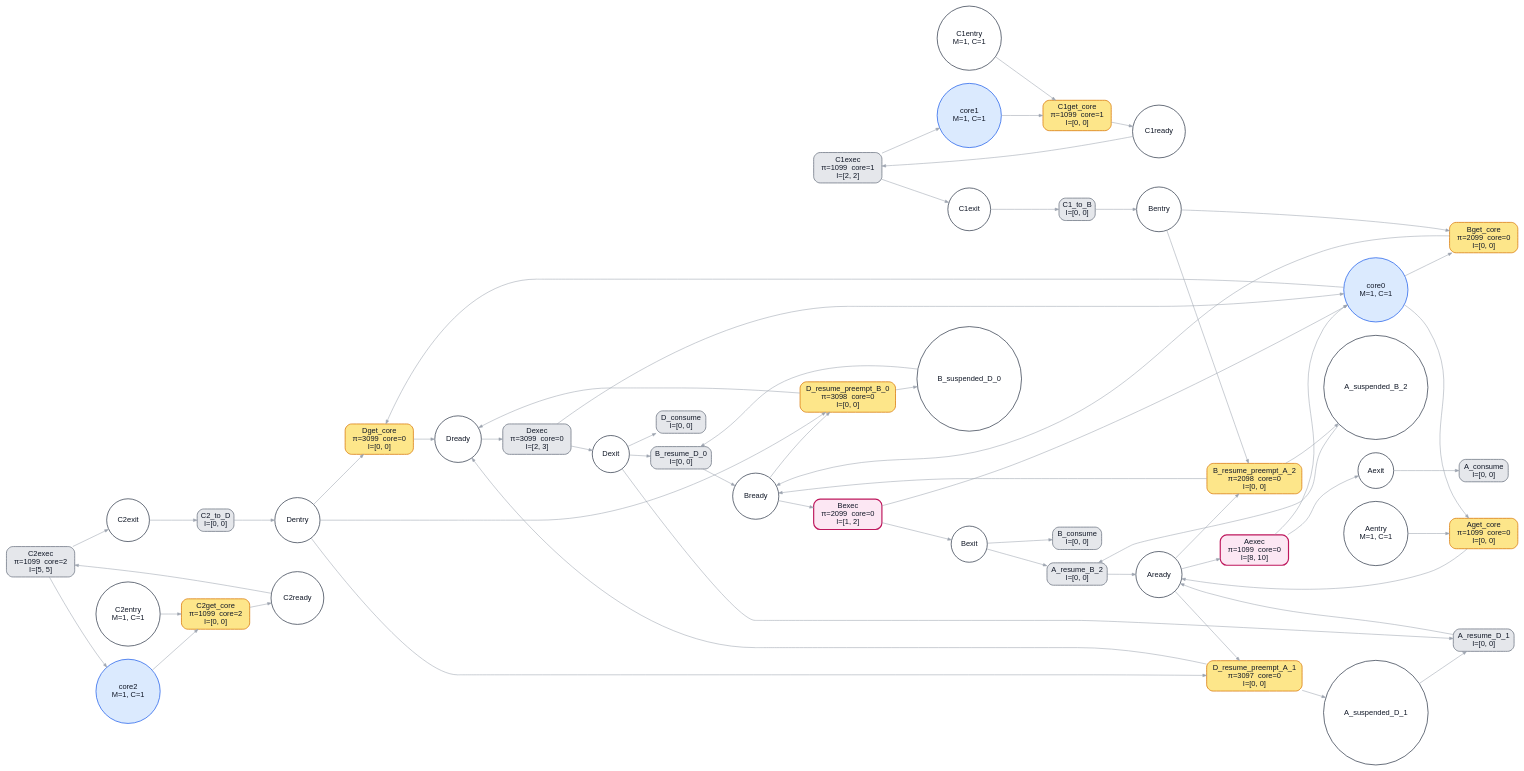
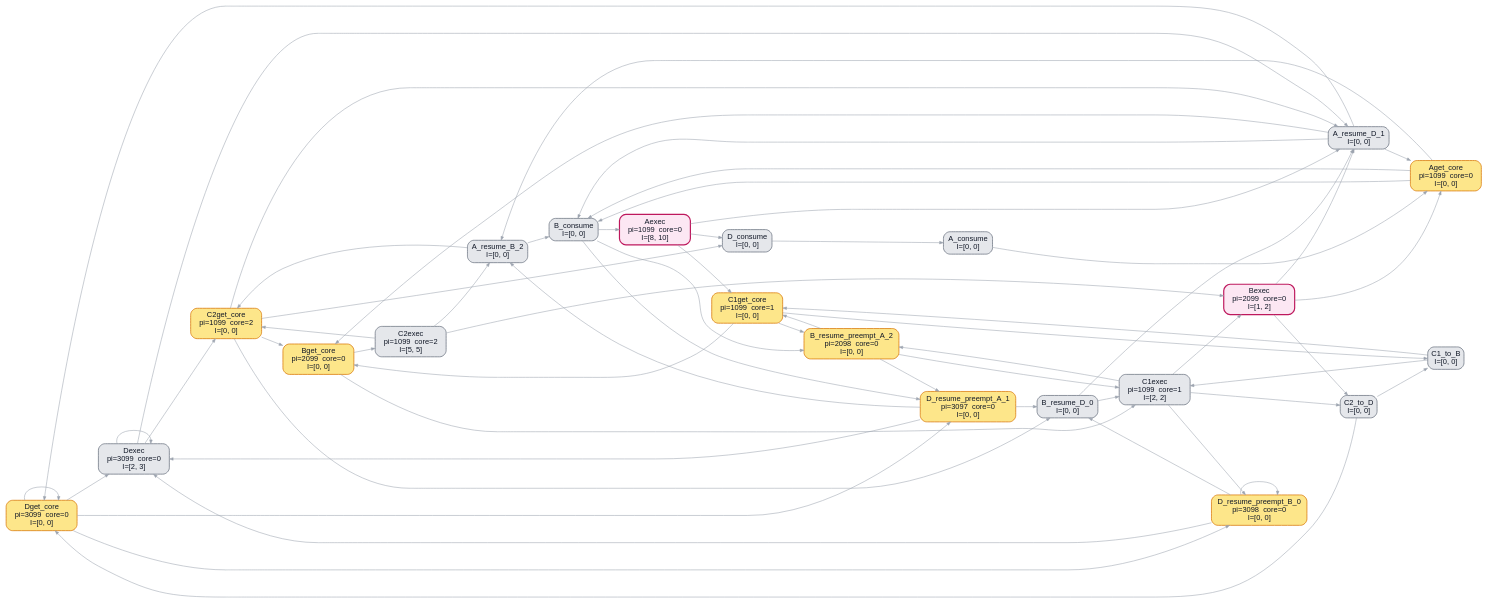
The diagram in example/bench/preemption_chain/ptpn.dot (kevindadi/PPTPN), drawn with Graphviz before and after one commit. The commit also changed 29 other files, not shown here.

```diff
--- a/example/bench/preemption_chain/ptpn.dot
+++ b/example/bench/preemption_chain/ptpn.dot
@@ -2,104 +2,104 @@
 graph [rankdir=LR, fontname="Helvetica", nodesep=0.35, ranksep=0.55, bgcolor="white"];
 node [fontname="Helvetica", margin=0.08, style="filled,rounded", fontcolor="#111827"];
 edge [fontname="Helvetica", color="#9ca3af", arrowsize=0.7];
-"Dentry" [label="Dentry", shape="circle", style="filled,rounded", fillcolor="#ffffff", color="#374151", fontcolor="#111827", penwidth="1.4"];
-"Dready" [label="Dready", shape="circle", style="filled,rounded", fillcolor="#ffffff", color="#374151", fontcolor="#111827", penwidth="1.4"];
-"Dexit" [label="Dexit", shape="circle", style="filled,rounded", fillcolor="#ffffff", color="#374151", fontcolor="#111827", penwidth="1.4"];
-"C2entry" [label="C2entry\nM=1, C=1", shape="circle", style="filled,rounded", fillcolor="#ffffff", color="#374151", fontcolor="#111827", penwidth="1.4"];
-"C2ready" [label="C2ready", shape="circle", style="filled,rounded", fillcolor="#ffffff", color="#374151", fontcolor="#111827", penwidth="1.4"];
-"C2exit" [label="C2exit", shape="circle", style="filled,rounded", fillcolor="#ffffff", color="#374151", fontcolor="#111827", penwidth="1.4"];
-"Bentry" [label="Bentry", shape="circle", style="filled,rounded", fillcolor="#ffffff", color="#374151", fontcolor="#111827", penwidth="1.4"];
-"Bready" [label="Bready", shape="circle", style="filled,rounded", fillcolor="#ffffff", color="#374151", fontcolor="#111827", penwidth="1.4"];
-"Bexit" [label="Bexit", shape="circle", style="filled,rounded", fillcolor="#ffffff", color="#374151", fontcolor="#111827", penwidth="1.4"];
-"C1entry" [label="C1entry\nM=1, C=1", shape="circle", style="filled,rounded", fillcolor="#ffffff", color="#374151", fontcolor="#111827", penwidth="1.4"];
-"C1ready" [label="C1ready", shape="circle", style="filled,rounded", fillcolor="#ffffff", color="#374151", fontcolor="#111827", penwidth="1.4"];
-"C1exit" [label="C1exit", shape="circle", style="filled,rounded", fillcolor="#ffffff", color="#374151", fontcolor="#111827", penwidth="1.4"];
-"Aentry" [label="Aentry\nM=1, C=1", shape="circle", style="filled,rounded", fillcolor="#ffffff", color="#374151", fontcolor="#111827", penwidth="1.4"];
-"Aready" [label="Aready", shape="circle", style="filled,rounded", fillcolor="#ffffff", color="#374151", fontcolor="#111827", penwidth="1.4"];
-"Aexit" [label="Aexit", shape="circle", style="filled,rounded", fillcolor="#ffffff", color="#374151", fontcolor="#111827", penwidth="1.4"];
-"B_suspended_D_0" [label="B_suspended_D_0", shape="circle", style="filled,rounded", fillcolor="#ffffff", color="#374151", fontcolor="#111827", penwidth="1.4"];
-"A_suspended_D_1" [label="A_suspended_D_1", shape="circle", style="filled,rounded", fillcolor="#ffffff", color="#374151", fontcolor="#111827", penwidth="1.4"];
-"A_suspended_B_2" [label="A_suspended_B_2", shape="circle", style="filled,rounded", fillcolor="#ffffff", color="#374151", fontcolor="#111827", penwidth="1.4"];
-"core0" [label="core0\nM=1, C=1", shape="circle", style="filled,rounded", fillcolor="#dbeafe", color="#2563eb", fontcolor="#111827", penwidth="1.4"];
-"core1" [label="core1\nM=1, C=1", shape="circle", style="filled,rounded", fillcolor="#dbeafe", color="#2563eb", fontcolor="#111827", penwidth="1.4"];
-"core2" [label="core2\nM=1, C=1", shape="circle", style="filled,rounded", fillcolor="#dbeafe", color="#2563eb", fontcolor="#111827", penwidth="1.4"];
-"Dget_core" [label="Dget_core\nπ=3099  core=0\nI=[0, 0]", shape="box", style="filled,rounded", fillcolor="#fde68a", color="#d97706", fontcolor="#111827", penwidth="1.4"];
-"Dexec" [label="Dexec\nπ=3099  core=0\nI=[2, 3]", shape="box", style="filled,rounded", fillcolor="#e5e7eb", color="#6b7280", fontcolor="#111827", penwidth="1.4"];
-"C2get_core" [label="C2get_core\nπ=1099  core=2\nI=[0, 0]", shape="box", style="filled,rounded", fillcolor="#fde68a", color="#d97706", fontcolor="#111827", penwidth="1.4"];
-"C2exec" [label="C2exec\nπ=1099  core=2\nI=[5, 5]", shape="box", style="filled,rounded", fillcolor="#e5e7eb", color="#6b7280", fontcolor="#111827", penwidth="1.4"];
-"Bget_core" [label="Bget_core\nπ=2099  core=0\nI=[0, 0]", shape="box", style="filled,rounded", fillcolor="#fde68a", color="#d97706", fontcolor="#111827", penwidth="1.4"];
-"Bexec" [label="Bexec\nπ=2099  core=0\nI=[1, 2]", shape="box", style="filled,rounded", fillcolor="#fce7f3", color="#be185d", fontcolor="#111827", penwidth="2.2"];
-"C1get_core" [label="C1get_core\nπ=1099  core=1\nI=[0, 0]", shape="box", style="filled,rounded", fillcolor="#fde68a", color="#d97706", fontcolor="#111827", penwidth="1.4"];
-"C1exec" [label="C1exec\nπ=1099  core=1\nI=[2, 2]", shape="box", style="filled,rounded", fillcolor="#e5e7eb", color="#6b7280", fontcolor="#111827", penwidth="1.4"];
-"Aget_core" [label="Aget_core\nπ=1099  core=0\nI=[0, 0]", shape="box", style="filled,rounded", fillcolor="#fde68a", color="#d97706", fontcolor="#111827", penwidth="1.4"];
-"Aexec" [label="Aexec\nπ=1099  core=0\nI=[8, 10]", shape="box", style="filled,rounded", fillcolor="#fce7f3", color="#be185d", fontcolor="#111827", penwidth="2.2"];
-"C1_to_B" [label="C1_to_B\nI=[0, 0]", shape="box", style="filled,rounded", fillcolor="#e5e7eb", color="#6b7280", fontcolor="#111827", penwidth="1.4"];
-"C2_to_D" [label="C2_to_D\nI=[0, 0]", shape="box", style="filled,rounded", fillcolor="#e5e7eb", color="#6b7280", fontcolor="#111827", penwidth="1.4"];
-"A_consume" [label="A_consume\nI=[0, 0]", shape="box", style="filled,rounded", fillcolor="#e5e7eb", color="#6b7280", fontcolor="#111827", penwidth="1.4"];
-"B_consume" [label="B_consume\nI=[0, 0]", shape="box", style="filled,rounded", fillcolor="#e5e7eb", color="#6b7280", fontcolor="#111827", penwidth="1.4"];
-"D_consume" [label="D_consume\nI=[0, 0]", shape="box", style="filled,rounded", fillcolor="#e5e7eb", color="#6b7280", fontcolor="#111827", penwidth="1.4"];
-"D_resume_preempt_B_0" [label="D_resume_preempt_B_0\nπ=3098  core=0\nI=[0, 0]", shape="box", style="filled,rounded", fillcolor="#fde68a", color="#d97706", fontcolor="#111827", penwidth="1.4"];
-"B_resume_D_0" [label="B_resume_D_0\nI=[0, 0]", shape="box", style="filled,rounded", fillcolor="#e5e7eb", color="#6b7280", fontcolor="#111827", penwidth="1.4"];
-"D_resume_preempt_A_1" [label="D_resume_preempt_A_1\nπ=3097  core=0\nI=[0, 0]", shape="box", style="filled,rounded", fillcolor="#fde68a", color="#d97706", fontcolor="#111827", penwidth="1.4"];
-"A_resume_D_1" [label="A_resume_D_1\nI=[0, 0]", shape="box", style="filled,rounded", fillcolor="#e5e7eb", color="#6b7280", fontcolor="#111827", penwidth="1.4"];
-"B_resume_preempt_A_2" [label="B_resume_preempt_A_2\nπ=2098  core=0\nI=[0, 0]", shape="box", style="filled,rounded", fillcolor="#fde68a", color="#d97706", fontcolor="#111827", penwidth="1.4"];
-"A_resume_B_2" [label="A_resume_B_2\nI=[0, 0]", shape="box", style="filled,rounded", fillcolor="#e5e7eb", color="#6b7280", fontcolor="#111827", penwidth="1.4"];
-"Dentry" -> "Dget_core" [label="", color="#9ca3af", penwidth="1.0"];
-"Dentry" -> "D_resume_preempt_B_0" [label="", color="#9ca3af", penwidth="1.0"];
-"Dentry" -> "D_resume_preempt_A_1" [label="", color="#9ca3af", penwidth="1.0"];
-"Dready" -> "Dexec" [label="", color="#9ca3af", penwidth="1.0"];
-"Dexit" -> "D_consume" [label="", color="#9ca3af", penwidth="1.0"];
-"Dexit" -> "B_resume_D_0" [label="", color="#9ca3af", penwidth="1.0"];
-"Dexit" -> "A_resume_D_1" [label="", color="#9ca3af", penwidth="1.0"];
-"C2entry" -> "C2get_core" [label="", color="#9ca3af", penwidth="1.0"];
-"C2ready" -> "C2exec" [label="", color="#9ca3af", penwidth="1.0"];
-"C2exit" -> "C2_to_D" [label="", color="#9ca3af", penwidth="1.0"];
-"Bentry" -> "Bget_core" [label="", color="#9ca3af", penwidth="1.0"];
-"Bentry" -> "B_resume_preempt_A_2" [label="", color="#9ca3af", penwidth="1.0"];
-"Bready" -> "Bexec" [label="", color="#9ca3af", penwidth="1.0"];
-"Bready" -> "D_resume_preempt_B_0" [label="", color="#9ca3af", penwidth="1.0"];
-"Bexit" -> "B_consume" [label="", color="#9ca3af", penwidth="1.0"];
-"Bexit" -> "A_resume_B_2" [label="", color="#9ca3af", penwidth="1.0"];
-"C1entry" -> "C1get_core" [label="", color="#9ca3af", penwidth="1.0"];
-"C1ready" -> "C1exec" [label="", color="#9ca3af", penwidth="1.0"];
-"C1exit" -> "C1_to_B" [label="", color="#9ca3af", penwidth="1.0"];
-"Aentry" -> "Aget_core" [label="", color="#9ca3af", penwidth="1.0"];
-"Aready" -> "Aexec" [label="", color="#9ca3af", penwidth="1.0"];
-"Aready" -> "D_resume_preempt_A_1" [label="", color="#9ca3af", penwidth="1.0"];
-"Aready" -> "B_resume_preempt_A_2" [label="", color="#9ca3af", penwidth="1.0"];
-"Aexit" -> "A_consume" [label="", color="#9ca3af", penwidth="1.0"];
-"B_suspended_D_0" -> "B_resume_D_0" [label="", color="#9ca3af", penwidth="1.0"];
-"A_suspended_D_1" -> "A_resume_D_1" [label="", color="#9ca3af", penwidth="1.0"];
-"A_suspended_B_2" -> "A_resume_B_2" [label="", color="#9ca3af", penwidth="1.0"];
-"core0" -> "Dget_core" [label="", color="#9ca3af", penwidth="1.0"];
-"core0" -> "Bget_core" [label="", color="#9ca3af", penwidth="1.0"];
-"core0" -> "Aget_core" [label="", color="#9ca3af", penwidth="1.0"];
-"core1" -> "C1get_core" [label="", color="#9ca3af", penwidth="1.0"];
-"core2" -> "C2get_core" [label="", color="#9ca3af", penwidth="1.0"];
-"Dget_core" -> "Dready" [label="", color="#9ca3af", penwidth="1.0"];
-"Dexec" -> "Dexit" [label="", color="#9ca3af", penwidth="1.0"];
-"Dexec" -> "core0" [label="", color="#9ca3af", penwidth="1.0"];
-"C2get_core" -> "C2ready" [label="", color="#9ca3af", penwidth="1.0"];
-"C2exec" -> "C2exit" [label="", color="#9ca3af", penwidth="1.0"];
-"C2exec" -> "core2" [label="", color="#9ca3af", penwidth="1.0"];
-"Bget_core" -> "Bready" [label="", color="#9ca3af", penwidth="1.0"];
-"Bexec" -> "Bexit" [label="", color="#9ca3af", penwidth="1.0"];
-"Bexec" -> "core0" [label="", color="#9ca3af", penwidth="1.0"];
-"C1get_core" -> "C1ready" [label="", color="#9ca3af", penwidth="1.0"];
-"C1exec" -> "C1exit" [label="", color="#9ca3af", penwidth="1.0"];
-"C1exec" -> "core1" [label="", color="#9ca3af", penwidth="1.0"];
-"Aget_core" -> "Aready" [label="", color="#9ca3af", penwidth="1.0"];
-"Aexec" -> "Aexit" [label="", color="#9ca3af", penwidth="1.0"];
-"Aexec" -> "core0" [label="", color="#9ca3af", penwidth="1.0"];
-"C1_to_B" -> "Bentry" [label="", color="#9ca3af", penwidth="1.0"];
-"C2_to_D" -> "Dentry" [label="", color="#9ca3af", penwidth="1.0"];
-"D_resume_preempt_B_0" -> "Dready" [label="", color="#9ca3af", penwidth="1.0"];
-"D_resume_preempt_B_0" -> "B_suspended_D_0" [label="", color="#9ca3af", penwidth="1.0"];
-"B_resume_D_0" -> "Bready" [label="", color="#9ca3af", penwidth="1.0"];
-"D_resume_preempt_A_1" -> "Dready" [label="", color="#9ca3af", penwidth="1.0"];
-"D_resume_preempt_A_1" -> "A_suspended_D_1" [label="", color="#9ca3af", penwidth="1.0"];
-"A_resume_D_1" -> "Aready" [label="", color="#9ca3af", penwidth="1.0"];
-"B_resume_preempt_A_2" -> "Bready" [label="", color="#9ca3af", penwidth="1.0"];
-"B_resume_preempt_A_2" -> "A_suspended_B_2" [label="", color="#9ca3af", penwidth="1.0"];
-"A_resume_B_2" -> "Aready" [label="", color="#9ca3af", penwidth="1.0"];
+"0" [label="Dentry", shape="circle", style="filled,rounded", fillcolor="#ffffff", color="#374151", fontcolor="#111827", penwidth="1.4"];
+"1" [label="Dready", shape="circle", style="filled,rounded", fillcolor="#ffffff", color="#374151", fontcolor="#111827", penwidth="1.4"];
+"2" [label="Dexit", shape="circle", style="filled,rounded", fillcolor="#ffffff", color="#374151", fontcolor="#111827", penwidth="1.4"];
+"3" [label="C2entry\nM=1, C=1", shape="circle", style="filled,rounded", fillcolor="#ffffff", color="#374151", fontcolor="#111827", penwidth="1.4"];
+"4" [label="C2ready", shape="circle", style="filled,rounded", fillcolor="#ffffff", color="#374151", fontcolor="#111827", penwidth="1.4"];
+"5" [label="C2exit", shape="circle", style="filled,rounded", fillcolor="#ffffff", color="#374151", fontcolor="#111827", penwidth="1.4"];
+"6" [label="Bentry", shape="circle", style="filled,rounded", fillcolor="#ffffff", color="#374151", fontcolor="#111827", penwidth="1.4"];
+"7" [label="Bready", shape="circle", style="filled,rounded", fillcolor="#ffffff", color="#374151", fontcolor="#111827", penwidth="1.4"];
+"8" [label="Bexit", shape="circle", style="filled,rounded", fillcolor="#ffffff", color="#374151", fontcolor="#111827", penwidth="1.4"];
+"9" [label="C1entry\nM=1, C=1", shape="circle", style="filled,rounded", fillcolor="#ffffff", color="#374151", fontcolor="#111827", penwidth="1.4"];
+"10" [label="C1ready", shape="circle", style="filled,rounded", fillcolor="#ffffff", color="#374151", fontcolor="#111827", penwidth="1.4"];
+"11" [label="C1exit", shape="circle", style="filled,rounded", fillcolor="#ffffff", color="#374151", fontcolor="#111827", penwidth="1.4"];
+"12" [label="Aentry\nM=1, C=1", shape="circle", style="filled,rounded", fillcolor="#ffffff", color="#374151", fontcolor="#111827", penwidth="1.4"];
+"13" [label="Aready", shape="circle", style="filled,rounded", fillcolor="#ffffff", color="#374151", fontcolor="#111827", penwidth="1.4"];
+"14" [label="Aexit", shape="circle", style="filled,rounded", fillcolor="#ffffff", color="#374151", fontcolor="#111827", penwidth="1.4"];
+"15" [label="B_suspended_D_0", shape="circle", style="filled,rounded", fillcolor="#ffffff", color="#374151", fontcolor="#111827", penwidth="1.4"];
+"16" [label="A_suspended_D_1", shape="circle", style="filled,rounded", fillcolor="#ffffff", color="#374151", fontcolor="#111827", penwidth="1.4"];
+"17" [label="A_suspended_B_2", shape="circle", style="filled,rounded", fillcolor="#ffffff", color="#374151", fontcolor="#111827", penwidth="1.4"];
+"18" [label="core0\nM=1, C=1", shape="circle", style="filled,rounded", fillcolor="#dbeafe", color="#2563eb", fontcolor="#111827", penwidth="1.4"];
+"19" [label="core1\nM=1, C=1", shape="circle", style="filled,rounded", fillcolor="#dbeafe", color="#2563eb", fontcolor="#111827", penwidth="1.4"];
+"20" [label="core2\nM=1, C=1", shape="circle", style="filled,rounded", fillcolor="#dbeafe", color="#2563eb", fontcolor="#111827", penwidth="1.4"];
+"0" [label="Dget_core\npi=3099  core=0\nI=[0, 0]", shape="box", style="filled,rounded", fillcolor="#fde68a", color="#d97706", fontcolor="#111827", penwidth="1.4"];
+"1" [label="Dexec\npi=3099  core=0\nI=[2, 3]", shape="box", style="filled,rounded", fillcolor="#e5e7eb", color="#6b7280", fontcolor="#111827", penwidth="1.4"];
+"2" [label="C2get_core\npi=1099  core=2\nI=[0, 0]", shape="box", style="filled,rounded", fillcolor="#fde68a", color="#d97706", fontcolor="#111827", penwidth="1.4"];
+"3" [label="C2exec\npi=1099  core=2\nI=[5, 5]", shape="box", style="filled,rounded", fillcolor="#e5e7eb", color="#6b7280", fontcolor="#111827", penwidth="1.4"];
+"4" [label="Bget_core\npi=2099  core=0\nI=[0, 0]", shape="box", style="filled,rounded", fillcolor="#fde68a", color="#d97706", fontcolor="#111827", penwidth="1.4"];
+"5" [label="Bexec\npi=2099  core=0\nI=[1, 2]", shape="box", style="filled,rounded", fillcolor="#fce7f3", color="#be185d", fontcolor="#111827", penwidth="2.2"];
+"6" [label="C1get_core\npi=1099  core=1\nI=[0, 0]", shape="box", style="filled,rounded", fillcolor="#fde68a", color="#d97706", fontcolor="#111827", penwidth="1.4"];
+"7" [label="C1exec\npi=1099  core=1\nI=[2, 2]", shape="box", style="filled,rounded", fillcolor="#e5e7eb", color="#6b7280", fontcolor="#111827", penwidth="1.4"];
+"8" [label="Aget_core\npi=1099  core=0\nI=[0, 0]", shape="box", style="filled,rounded", fillcolor="#fde68a", color="#d97706", fontcolor="#111827", penwidth="1.4"];
+"9" [label="Aexec\npi=1099  core=0\nI=[8, 10]", shape="box", style="filled,rounded", fillcolor="#fce7f3", color="#be185d", fontcolor="#111827", penwidth="2.2"];
+"10" [label="C1_to_B\nI=[0, 0]", shape="box", style="filled,rounded", fillcolor="#e5e7eb", color="#6b7280", fontcolor="#111827", penwidth="1.4"];
+"11" [label="C2_to_D\nI=[0, 0]", shape="box", style="filled,rounded", fillcolor="#e5e7eb", color="#6b7280", fontcolor="#111827", penwidth="1.4"];
+"12" [label="A_consume\nI=[0, 0]", shape="box", style="filled,rounded", fillcolor="#e5e7eb", color="#6b7280", fontcolor="#111827", penwidth="1.4"];
+"13" [label="B_consume\nI=[0, 0]", shape="box", style="filled,rounded", fillcolor="#e5e7eb", color="#6b7280", fontcolor="#111827", penwidth="1.4"];
+"14" [label="D_consume\nI=[0, 0]", shape="box", style="filled,rounded", fillcolor="#e5e7eb", color="#6b7280", fontcolor="#111827", penwidth="1.4"];
+"15" [label="D_resume_preempt_B_0\npi=3098  core=0\nI=[0, 0]", shape="box", style="filled,rounded", fillcolor="#fde68a", color="#d97706", fontcolor="#111827", penwidth="1.4"];
+"16" [label="B_resume_D_0\nI=[0, 0]", shape="box", style="filled,rounded", fillcolor="#e5e7eb", color="#6b7280", fontcolor="#111827", penwidth="1.4"];
+"17" [label="D_resume_preempt_A_1\npi=3097  core=0\nI=[0, 0]", shape="box", style="filled,rounded", fillcolor="#fde68a", color="#d97706", fontcolor="#111827", penwidth="1.4"];
+"18" [label="A_resume_D_1\nI=[0, 0]", shape="box", style="filled,rounded", fillcolor="#e5e7eb", color="#6b7280", fontcolor="#111827", penwidth="1.4"];
+"19" [label="B_resume_preempt_A_2\npi=2098  core=0\nI=[0, 0]", shape="box", style="filled,rounded", fillcolor="#fde68a", color="#d97706", fontcolor="#111827", penwidth="1.4"];
+"20" [label="A_resume_B_2\nI=[0, 0]", shape="box", style="filled,rounded", fillcolor="#e5e7eb", color="#6b7280", fontcolor="#111827", penwidth="1.4"];
+"0" -> "0" [label="", color="#9ca3af", penwidth="1.0"];
+"0" -> "15" [label="", color="#9ca3af", penwidth="1.0"];
+"0" -> "17" [label="", color="#9ca3af", penwidth="1.0"];
+"1" -> "1" [label="", color="#9ca3af", penwidth="1.0"];
+"2" -> "14" [label="", color="#9ca3af", penwidth="1.0"];
+"2" -> "16" [label="", color="#9ca3af", penwidth="1.0"];
+"2" -> "18" [label="", color="#9ca3af", penwidth="1.0"];
+"3" -> "2" [label="", color="#9ca3af", penwidth="1.0"];
+"4" -> "3" [label="", color="#9ca3af", penwidth="1.0"];
+"5" -> "11" [label="", color="#9ca3af", penwidth="1.0"];
+"6" -> "4" [label="", color="#9ca3af", penwidth="1.0"];
+"6" -> "19" [label="", color="#9ca3af", penwidth="1.0"];
+"7" -> "5" [label="", color="#9ca3af", penwidth="1.0"];
+"7" -> "15" [label="", color="#9ca3af", penwidth="1.0"];
+"8" -> "13" [label="", color="#9ca3af", penwidth="1.0"];
+"8" -> "20" [label="", color="#9ca3af", penwidth="1.0"];
+"9" -> "6" [label="", color="#9ca3af", penwidth="1.0"];
+"10" -> "7" [label="", color="#9ca3af", penwidth="1.0"];
+"11" -> "10" [label="", color="#9ca3af", penwidth="1.0"];
+"12" -> "8" [label="", color="#9ca3af", penwidth="1.0"];
+"13" -> "9" [label="", color="#9ca3af", penwidth="1.0"];
+"13" -> "17" [label="", color="#9ca3af", penwidth="1.0"];
+"13" -> "19" [label="", color="#9ca3af", penwidth="1.0"];
+"14" -> "12" [label="", color="#9ca3af", penwidth="1.0"];
+"15" -> "16" [label="", color="#9ca3af", penwidth="1.0"];
+"16" -> "18" [label="", color="#9ca3af", penwidth="1.0"];
+"17" -> "20" [label="", color="#9ca3af", penwidth="1.0"];
+"18" -> "0" [label="", color="#9ca3af", penwidth="1.0"];
+"18" -> "4" [label="", color="#9ca3af", penwidth="1.0"];
+"18" -> "8" [label="", color="#9ca3af", penwidth="1.0"];
+"19" -> "6" [label="", color="#9ca3af", penwidth="1.0"];
+"20" -> "2" [label="", color="#9ca3af", penwidth="1.0"];
+"0" -> "1" [label="", color="#9ca3af", penwidth="1.0"];
+"1" -> "2" [label="", color="#9ca3af", penwidth="1.0"];
+"1" -> "18" [label="", color="#9ca3af", penwidth="1.0"];
+"2" -> "4" [label="", color="#9ca3af", penwidth="1.0"];
+"3" -> "5" [label="", color="#9ca3af", penwidth="1.0"];
+"3" -> "20" [label="", color="#9ca3af", penwidth="1.0"];
+"4" -> "7" [label="", color="#9ca3af", penwidth="1.0"];
+"5" -> "8" [label="", color="#9ca3af", penwidth="1.0"];
+"5" -> "18" [label="", color="#9ca3af", penwidth="1.0"];
+"6" -> "10" [label="", color="#9ca3af", penwidth="1.0"];
+"7" -> "11" [label="", color="#9ca3af", penwidth="1.0"];
+"7" -> "19" [label="", color="#9ca3af", penwidth="1.0"];
+"8" -> "13" [label="", color="#9ca3af", penwidth="1.0"];
+"9" -> "14" [label="", color="#9ca3af", penwidth="1.0"];
+"9" -> "18" [label="", color="#9ca3af", penwidth="1.0"];
+"10" -> "6" [label="", color="#9ca3af", penwidth="1.0"];
+"11" -> "0" [label="", color="#9ca3af", penwidth="1.0"];
+"15" -> "1" [label="", color="#9ca3af", penwidth="1.0"];
+"15" -> "15" [label="", color="#9ca3af", penwidth="1.0"];
+"16" -> "7" [label="", color="#9ca3af", penwidth="1.0"];
+"17" -> "1" [label="", color="#9ca3af", penwidth="1.0"];
+"17" -> "16" [label="", color="#9ca3af", penwidth="1.0"];
+"18" -> "13" [label="", color="#9ca3af", penwidth="1.0"];
+"19" -> "7" [label="", color="#9ca3af", penwidth="1.0"];
+"19" -> "17" [label="", color="#9ca3af", penwidth="1.0"];
+"20" -> "13" [label="", color="#9ca3af", penwidth="1.0"];
 }
```
